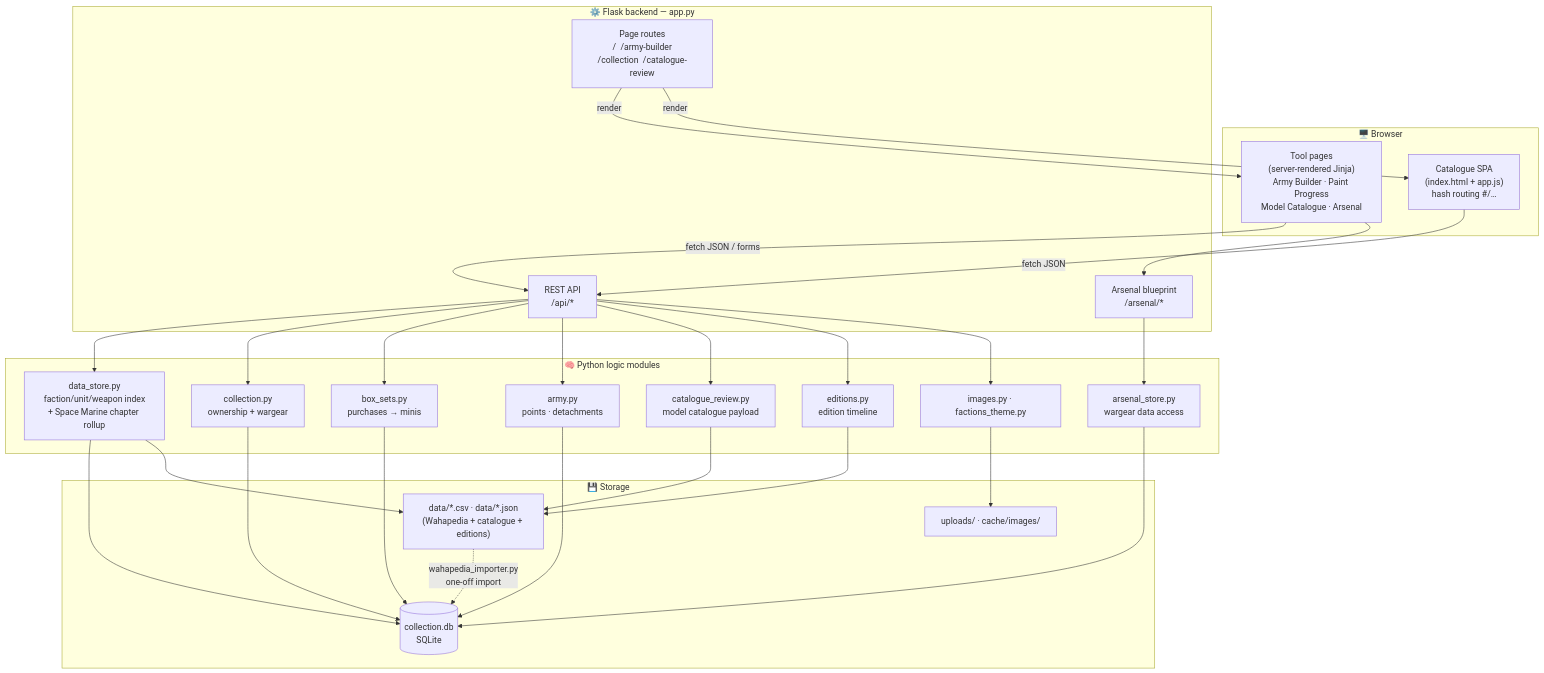
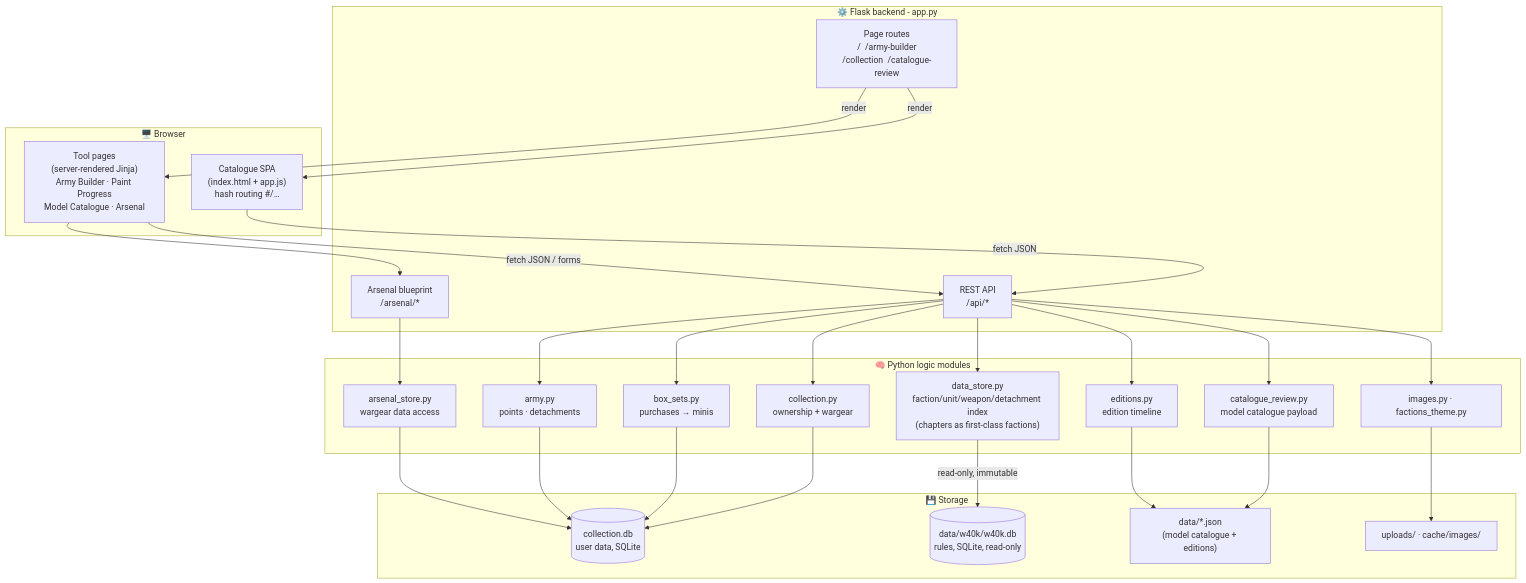
The first of 12 diagrams in CODEX_ARMORUM_APP_MAP.md (Unfunded8495/Codex-Armorum), drawn with Mermaid before and after one commit. The commit also changed other lines of this file and 44 other files, not shown here.

````diff
--- a/CODEX_ARMORUM_APP_MAP.md
+++ b/CODEX_ARMORUM_APP_MAP.md
@@ -33,45 +33,45 @@
 ```mermaid
 flowchart TB
     subgraph Browser["🖥️ Browser"]
         SPA["Catalogue SPA<br/>(index.html + app.js)<br/>hash routing #/…"]
         TOOLS["Tool pages<br/>(server-rendered Jinja)<br/>Army Builder · Paint Progress<br/>Model Catalogue · Arsenal"]
     end
 
-    subgraph Flask["⚙️ Flask backend — app.py"]
+    subgraph Flask["⚙️ Flask backend - app.py"]
         PAGES["Page routes<br/>/  /army-builder<br/>/collection  /catalogue-review"]
         API["REST API<br/>/api/*"]
         BP["Arsenal blueprint<br/>/arsenal/*"]
     end
 
     subgraph Logic["🧠 Python logic modules"]
-        DS["data_store.py<br/>faction/unit/weapon index<br/>+ Space Marine chapter rollup"]
+        DS["data_store.py<br/>faction/unit/weapon/detachment index<br/>(chapters as first-class factions)"]
         COL["collection.py<br/>ownership + wargear"]
         BOX["box_sets.py<br/>purchases → minis"]
         ARMY["army.py<br/>points · detachments"]
         CAT["catalogue_review.py<br/>model catalogue payload"]
         EDS["editions.py<br/>edition timeline"]
         ARS["arsenal_store.py<br/>wargear data access"]
         IMG["images.py · factions_theme.py"]
     end
 
     subgraph Store["💾 Storage"]
-        DB[("collection.db<br/>SQLite")]
-        REF["data/*.csv · data/*.json<br/>(Wahapedia + catalogue + editions)"]
+        DB[("collection.db<br/>user data, SQLite")]
+        W40K[("data/w40k/w40k.db<br/>rules, SQLite, read-only")]
+        REF["data/*.json<br/>(model catalogue + editions)"]
         FILES["uploads/ · cache/images/"]
     end
 
     SPA -->|fetch JSON| API
     TOOLS -->|fetch JSON / forms| API
     TOOLS --> BP
     PAGES -->|render| TOOLS
     PAGES -->|render| SPA
 
     API --> DS & COL & BOX & ARMY & CAT & EDS & IMG
     BP --> ARS
-    DS --> DB & REF
+    DS -->|read-only, immutable| W40K
     COL & BOX & ARMY --> DB
     CAT & EDS --> REF
     ARS --> DB
     IMG --> FILES
-    REF -.->|wahapedia_importer.py<br/>one-off import| DB
 ```
````
